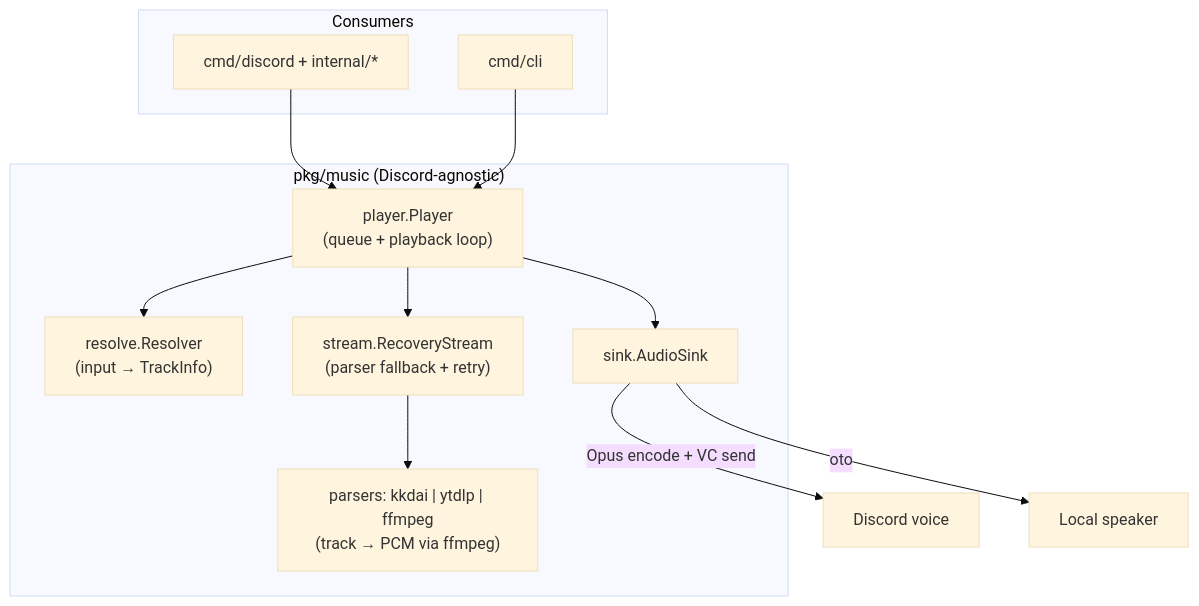
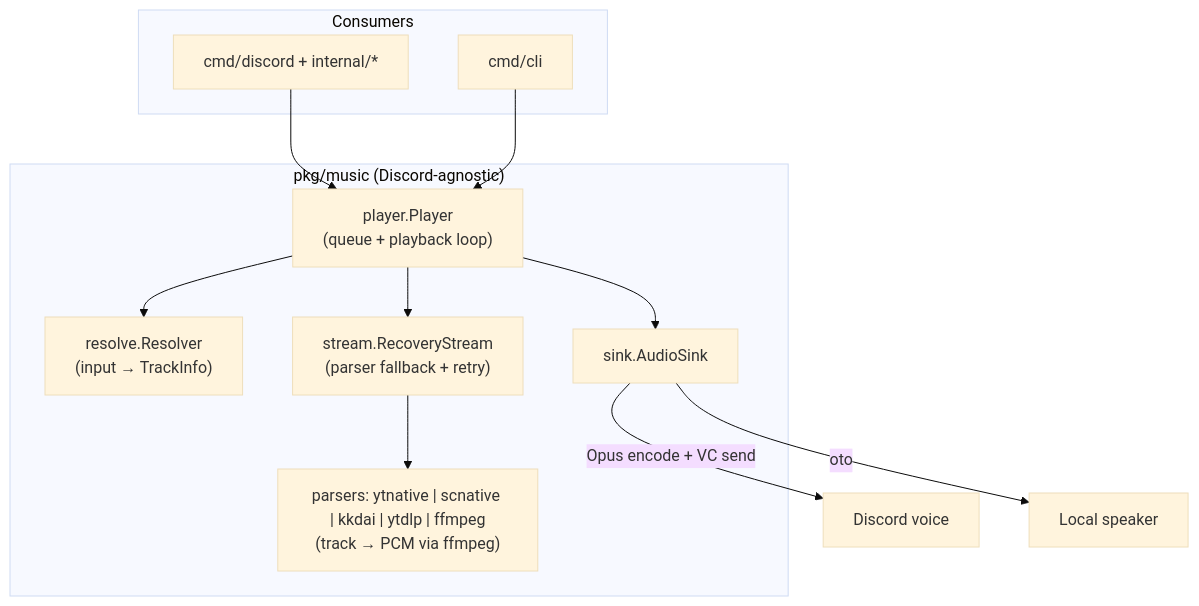
The first of 2 diagrams in docs/architecture.md (keshon/melodix), drawn with Mermaid (base theme) before and after one commit. The commit also changed other lines of this file and 25 other files, not shown here.

````diff
--- a/docs/architecture.md
+++ b/docs/architecture.md
@@ -10,22 +10,22 @@
 ```mermaid
 flowchart TB
   subgraph Consumers
     DiscordBot["cmd/discord + internal/*"]
     CLI["cmd/cli"]
   end
   subgraph Engine["pkg/music (Discord-agnostic)"]
     Resolver["resolve.Resolver<br/>(input → TrackInfo)"]
     Player["player.Player<br/>(queue + playback loop)"]
     Stream["stream.RecoveryStream<br/>(parser fallback + retry)"]
-    Parsers["parsers: kkdai | ytdlp | ffmpeg<br/>(track → PCM via ffmpeg)"]
+    Parsers["parsers: ytnative | scnative | kkdai | ytdlp | ffmpeg<br/>(track → PCM via ffmpeg)"]
     SinkIface["sink.AudioSink"]
   end
   DiscordBot --> Player
   CLI --> Player
   Player --> Resolver
   Player --> Stream
   Stream --> Parsers
   Player --> SinkIface
   SinkIface -->|Opus encode + VC send| DiscordVC["Discord voice"]
   SinkIface -->|oto| Speaker["Local speaker"]
 ```
````
